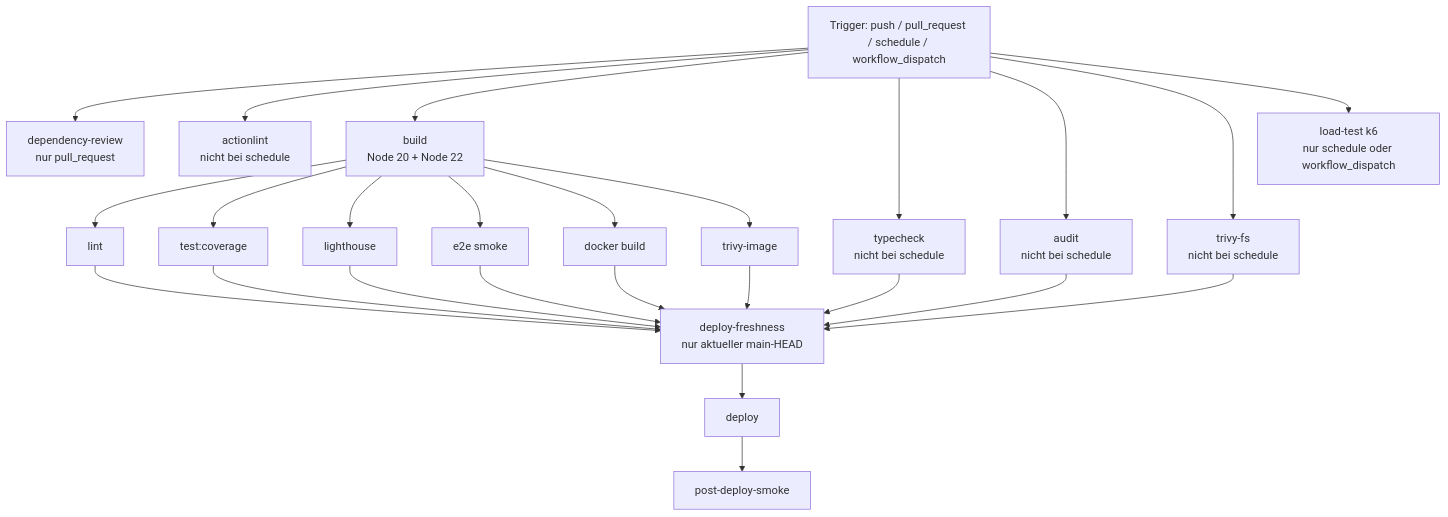
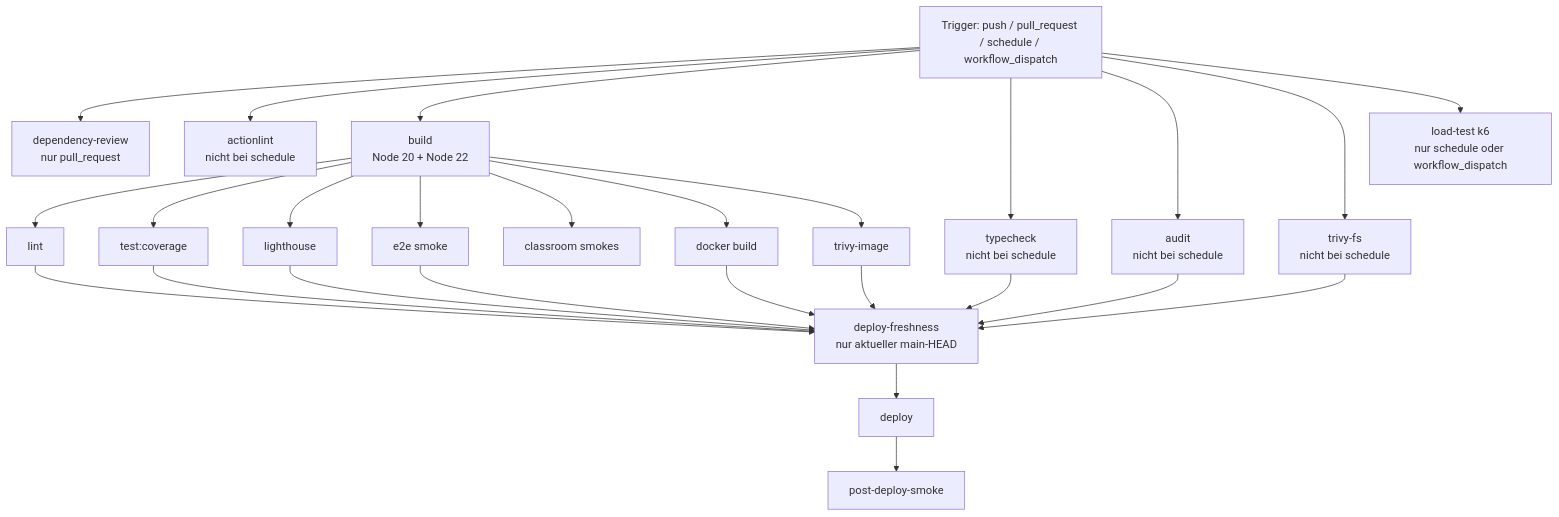
The diagram in docs/CI-WORKFLOW.md (kqc-real/arsnova.eu), drawn with Mermaid before and after one commit. The commit also changed other lines of this file and 6 other files, not shown here.

First line of the commit message:
ci: add classroom scenario smokes for quiz, Q&A and Blitzlicht

````diff
--- a/docs/CI-WORKFLOW.md
+++ b/docs/CI-WORKFLOW.md
@@ -63,34 +63,35 @@
 ```mermaid
 flowchart TD
   A[Trigger: push / pull_request / schedule / workflow_dispatch]
 
   A --> B[dependency-review<br/>nur pull_request]
   A --> C[actionlint<br/>nicht bei schedule]
   A --> D[build<br/>Node 20 + Node 22]
   A --> E[typecheck<br/>nicht bei schedule]
   A --> F[audit<br/>nicht bei schedule]
   A --> G[trivy-fs<br/>nicht bei schedule]
 
   D --> H[lint]
   D --> I[test:coverage]
   D --> J[lighthouse]
   D --> K[e2e smoke]
+  D --> K2[classroom smokes]
   D --> L[docker build]
   D --> M[trivy-image]
 
   H --> Q[deploy-freshness<br/>nur aktueller main-HEAD]
   I --> Q
   J --> Q
   K --> Q
   L --> Q
   E --> Q
   F --> Q
   G --> Q
   M --> Q
 
   Q --> N[deploy]
 
   N --> O[post-deploy-smoke]
 
   A --> P[load-test k6<br/>nur schedule oder workflow_dispatch]
 ```
````
